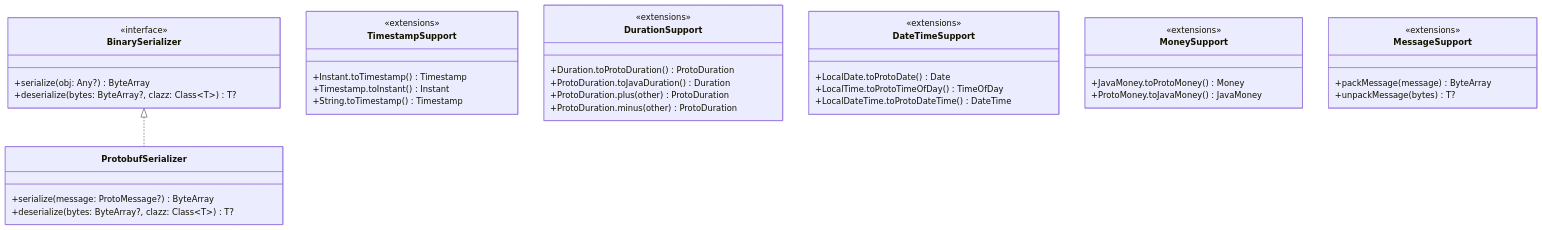
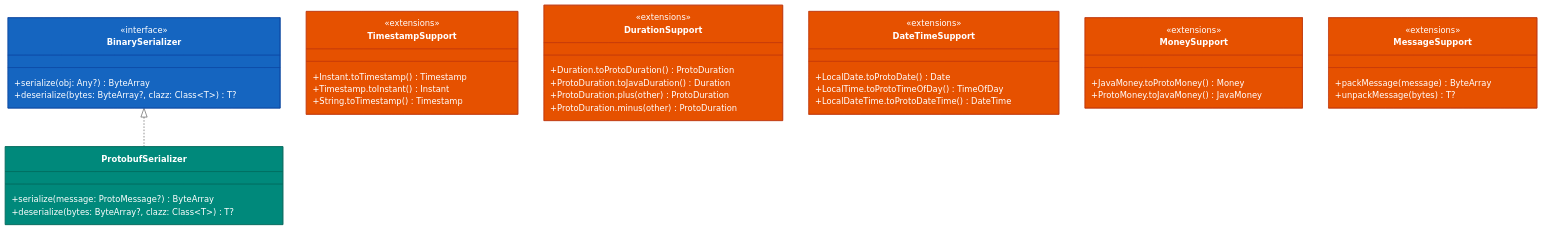
Before and after one commit to bluetape4k/bluetape4k-projects: the first of 3 diagrams in io/protobuf/README.ko.md, drawn with Mermaid. The commit also changed other lines of this file and 221 other files, not shown here.

First line of the commit message:
docs: 전체 모듈 README UML 다이어그램 보강 및 색상 업그레이드

````diff
--- a/io/protobuf/README.ko.md
+++ b/io/protobuf/README.ko.md
@@ -15,49 +15,57 @@
 ```mermaid
 classDiagram
     class BinarySerializer {
         <<interface>>
         +serialize(obj: Any?) ByteArray
         +deserialize(bytes: ByteArray?, clazz: Class~T~) T?
     }
 
     class ProtobufSerializer {
         +serialize(message: ProtoMessage?) ByteArray
         +deserialize(bytes: ByteArray?, clazz: Class~T~) T?
     }
 
     class TimestampSupport {
         <<extensions>>
         +Instant.toTimestamp() Timestamp
         +Timestamp.toInstant() Instant
         +String.toTimestamp() Timestamp
     }
 
     class DurationSupport {
         <<extensions>>
         +Duration.toProtoDuration() ProtoDuration
         +ProtoDuration.toJavaDuration() Duration
         +ProtoDuration.plus(other) ProtoDuration
         +ProtoDuration.minus(other) ProtoDuration
     }
 
     class DateTimeSupport {
         <<extensions>>
         +LocalDate.toProtoDate() Date
         +LocalTime.toProtoTimeOfDay() TimeOfDay
         +LocalDateTime.toProtoDateTime() DateTime
     }
 
     class MoneySupport {
         <<extensions>>
         +JavaMoney.toProtoMoney() Money
         +ProtoMoney.toJavaMoney() JavaMoney
     }
 
     class MessageSupport {
         <<extensions>>
         +packMessage(message) ByteArray
         +unpackMessage(bytes) T?
     }
 
     BinarySerializer <|.. ProtobufSerializer
+
+    style BinarySerializer fill:#1565C0,stroke:#0D47A1,color:#FFFFFF
+    style ProtobufSerializer fill:#00897B,stroke:#00695C,color:#FFFFFF
+    style TimestampSupport fill:#E65100,stroke:#BF360C,color:#FFFFFF
+    style DurationSupport fill:#E65100,stroke:#BF360C,color:#FFFFFF
+    style DateTimeSupport fill:#E65100,stroke:#BF360C,color:#FFFFFF
+    style MoneySupport fill:#E65100,stroke:#BF360C,color:#FFFFFF
+    style MessageSupport fill:#E65100,stroke:#BF360C,color:#FFFFFF
 ```
````
